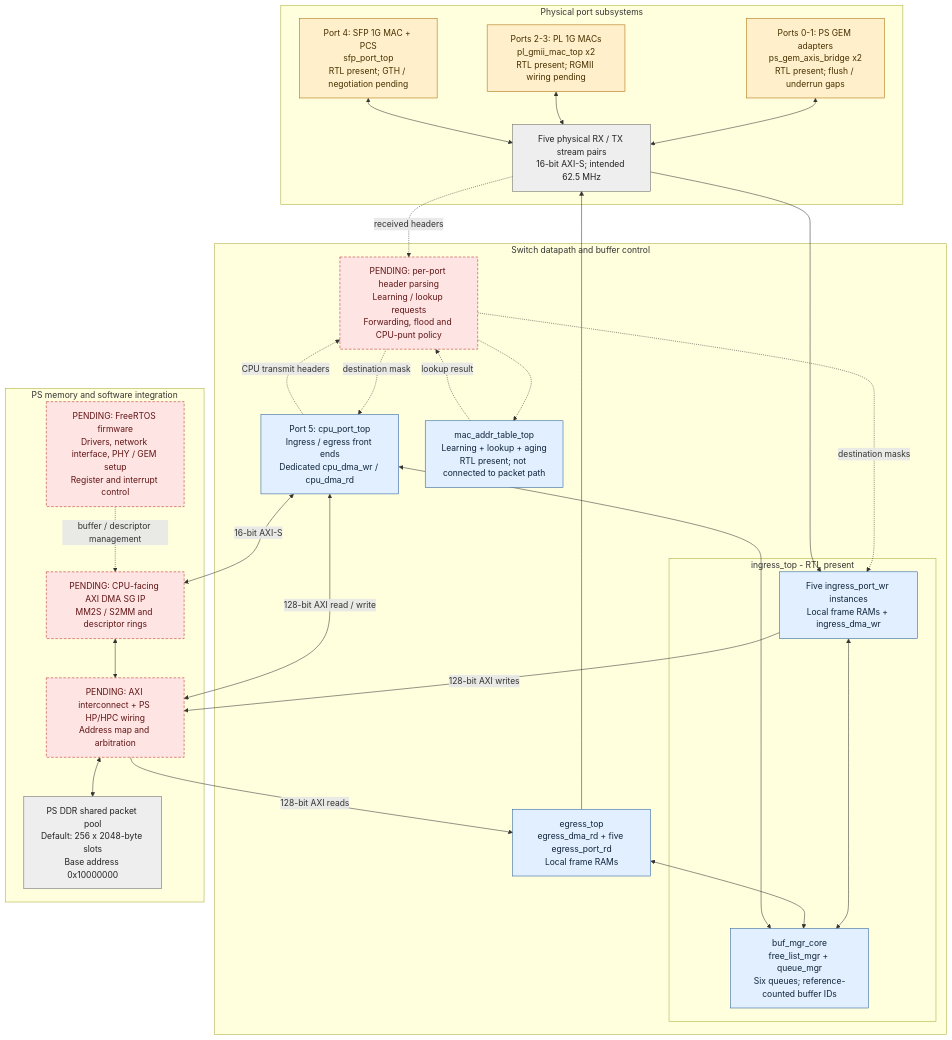
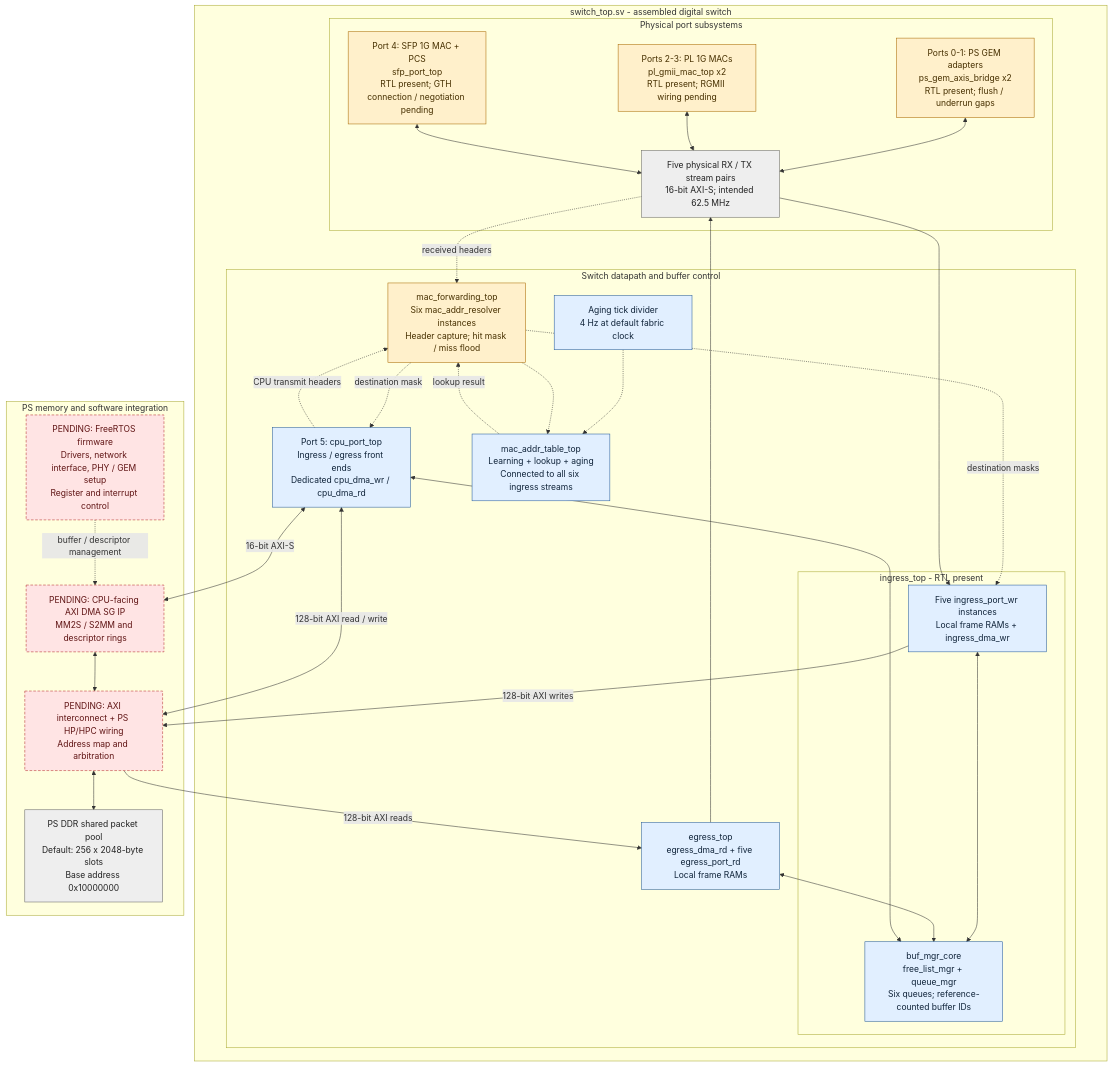
One commit to GhlHub/open_ethernet_switch changed the first of 2 diagrams in docs/architecture.md. Above: the diagram before and after it, drawn with Mermaid. The commit also changed other lines of this file and 18 other files, not shown here.

Commit message:
Add integrated forwarding and SFP transceiver sources; refresh design inventory

````diff
--- a/docs/architecture.md
+++ b/docs/architecture.md
@@ -20,59 +21,63 @@
 ```mermaid
 flowchart TB
+    subgraph assembled[switch_top.sv - assembled digital switch]
     subgraph ports[Physical port subsystems]
         PS["Ports 0-1: PS GEM adapters<br/>ps_gem_axis_bridge x2<br/>RTL present; flush / underrun gaps"]
         PL["Ports 2-3: PL 1G MACs<br/>pl_gmii_mac_top x2<br/>RTL present; RGMII wiring pending"]
-        SFP["Port 4: SFP 1G MAC + PCS<br/>sfp_port_top<br/>RTL present; GTH / negotiation pending"]
+        SFP["Port 4: SFP 1G MAC + PCS<br/>sfp_port_top<br/>RTL present; GTH connection / negotiation pending"]
         STREAM["Five physical RX / TX stream pairs<br/>16-bit AXI-S; intended 62.5 MHz"]
         PS <--> STREAM
         PL <--> STREAM
         SFP <--> STREAM
     end
 
     subgraph core[Switch datapath and buffer control]
         subgraph ingwrap[ingress_top - RTL present]
             INGRESS["Five ingress_port_wr instances<br/>Local frame RAMs + ingress_dma_wr"]
             BUF["buf_mgr_core<br/>free_list_mgr + queue_mgr<br/>Six queues; reference-counted buffer IDs"]
         end
         EGRESS["egress_top<br/>egress_dma_rd + five egress_port_rd<br/>Local frame RAMs"]
         CPU["Port 5: cpu_port_top<br/>Ingress / egress front ends<br/>Dedicated cpu_dma_wr / cpu_dma_rd"]
-        PARSER["PENDING: per-port header parsing<br/>Learning / lookup requests<br/>Forwarding, flood and CPU-punt policy"]
-        TABLE["mac_addr_table_top<br/>Learning + lookup + aging<br/>RTL present; not connected to packet path"]
+        PARSER["mac_forwarding_top<br/>Six mac_addr_resolver instances<br/>Header capture; hit mask / miss flood"]
+        TABLE["mac_addr_table_top<br/>Learning + lookup + aging<br/>Connected to all six ingress streams"]
         INGRESS <--> BUF
         EGRESS <--> BUF
         CPU <--> BUF
+        AGE["Aging tick divider<br/>4 Hz at default fabric clock"]
+        AGE -.-> TABLE
         PARSER -.-> TABLE
         TABLE -. lookup result .-> PARSER
         PARSER -. destination masks .-> INGRESS
         PARSER -. destination mask .-> CPU
     end
 
     STREAM --> INGRESS
     EGRESS --> STREAM
     STREAM -. received headers .-> PARSER
     CPU -. CPU transmit headers .-> PARSER
+    end
 
     subgraph platform[PS memory and software integration]
         AXI["PENDING: AXI interconnect + PS HP/HPC wiring<br/>Address map and arbitration"]
         DDR["PS DDR shared packet pool<br/>Default: 256 x 2048-byte slots<br/>Base address 0x10000000"]
         CPUDMA["PENDING: CPU-facing AXI DMA SG IP<br/>MM2S / S2MM and descriptor rings"]
         RTOS["PENDING: FreeRTOS firmware<br/>Drivers, network interface, PHY / GEM setup<br/>Register and interrupt control"]
         AXI <--> DDR
         CPUDMA <--> AXI
         RTOS -. buffer / descriptor management .-> CPUDMA
     end
 
     INGRESS -->|128-bit AXI writes| AXI
     AXI -->|128-bit AXI reads| EGRESS
     CPU <-->|128-bit AXI read / write| AXI
     CPU <-->|16-bit AXI-S| CPUDMA
 
     classDef present fill:#e1efff,stroke:#245a9b,color:#10243a
     classDef partial fill:#fff0cb,stroke:#a96a00,color:#473000
     classDef pending fill:#ffe4e4,stroke:#b52a2a,color:#601515,stroke-dasharray:5 3
     classDef hardware fill:#eeeeee,stroke:#666666,color:#222222
-    class INGRESS,BUF,EGRESS,CPU,TABLE present
-    class PS,PL,SFP partial
-    class PARSER,AXI,CPUDMA,RTOS pending
+    class INGRESS,BUF,EGRESS,CPU,TABLE,AGE present
+    class PS,PL,SFP,PARSER partial
+    class AXI,CPUDMA,RTOS pending
     class STREAM,DDR hardware
 ```
````
